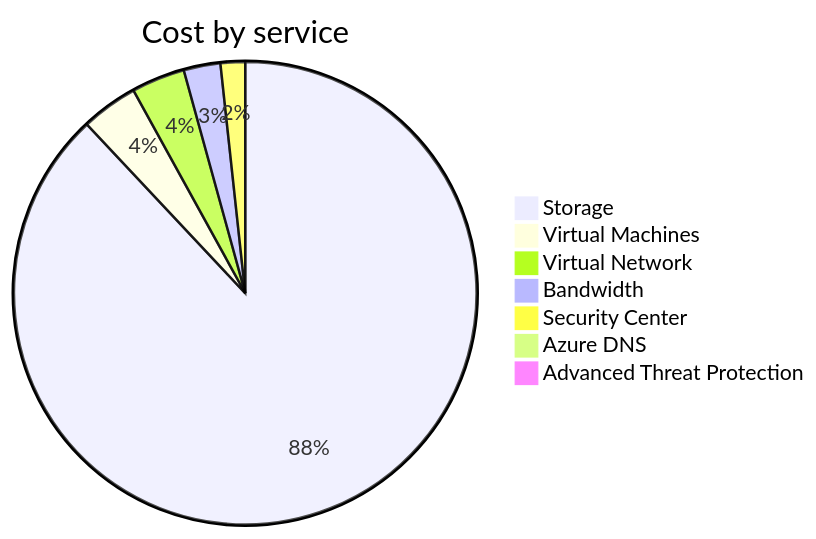
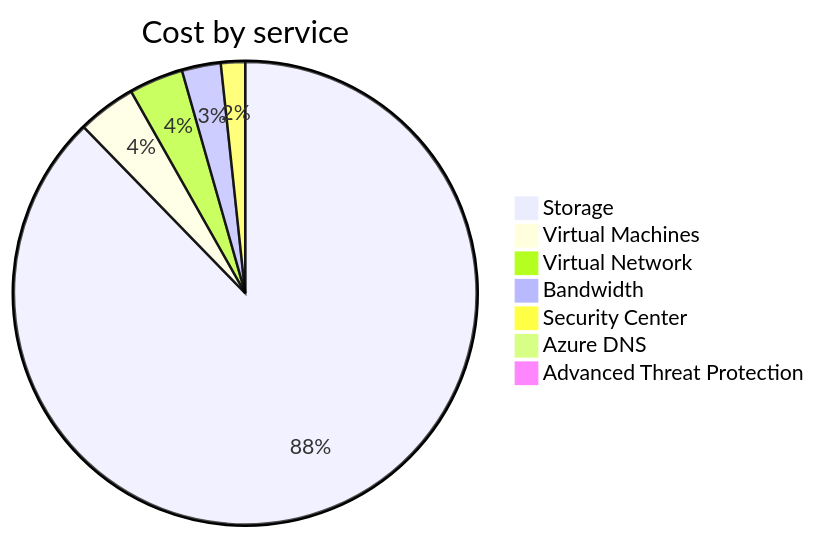
The second of 4 diagrams in cost-reports/personal-network/README.md (jpfulton/azure-personal-reports), drawn with Mermaid before and after one commit. The commit also changed other lines of this file and 9 other files, not shown here.

````diff
--- a/cost-reports/personal-network/README.md
+++ b/cost-reports/personal-network/README.md
@@ -99,11 +99,11 @@
 ```mermaid
 pie
    title Cost by service
-   "Storage" : 189.79
-   "Virtual Machines" : 8.57
-   "Virtual Network" : 8.06
-   "Bandwidth" : 5.53
+   "Storage" : 191.92
+   "Virtual Machines" : 8.92
+   "Virtual Network" : 8.29
+   "Bandwidth" : 5.94
    "Security Center" : 3.70
-   "Azure DNS" : 0.37
+   "Azure DNS" : 0.39
    "Advanced Threat Protection" : 0.00
 ```
````
